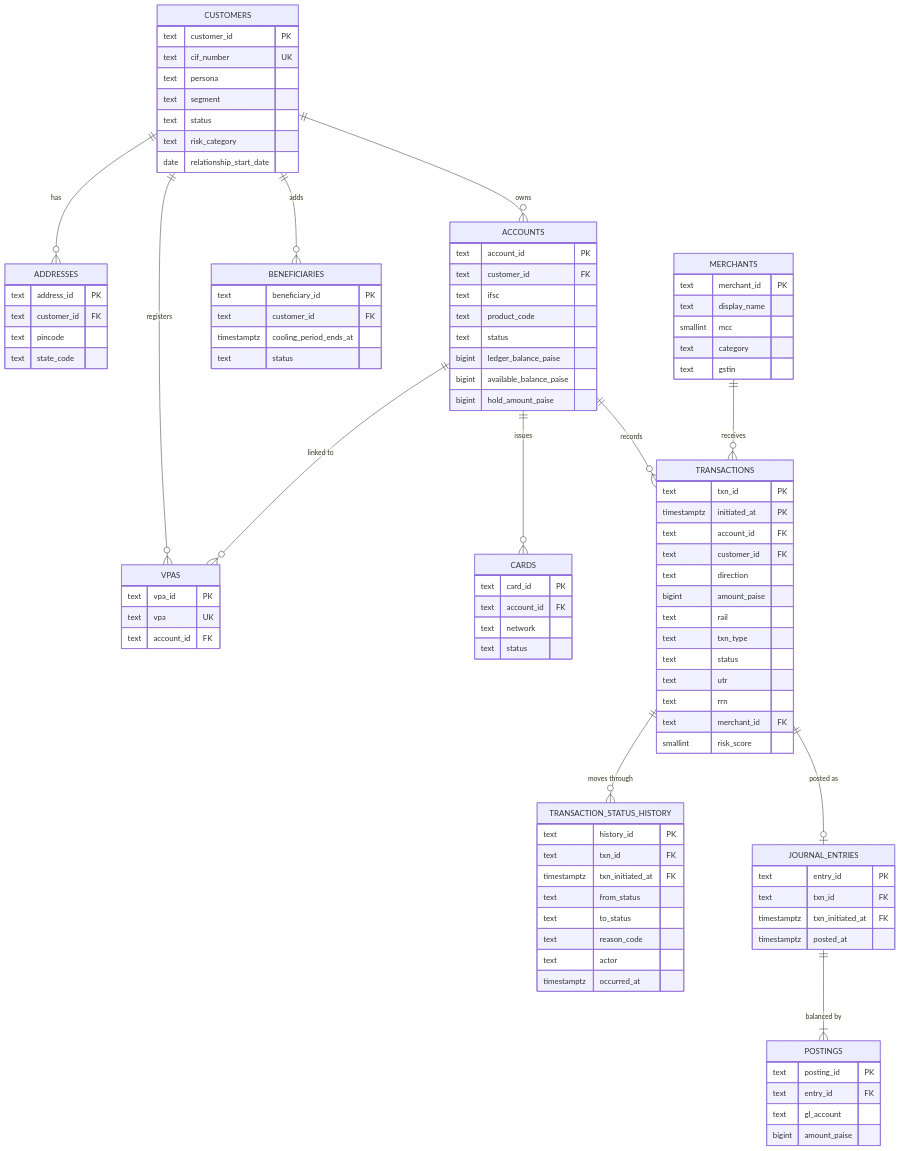
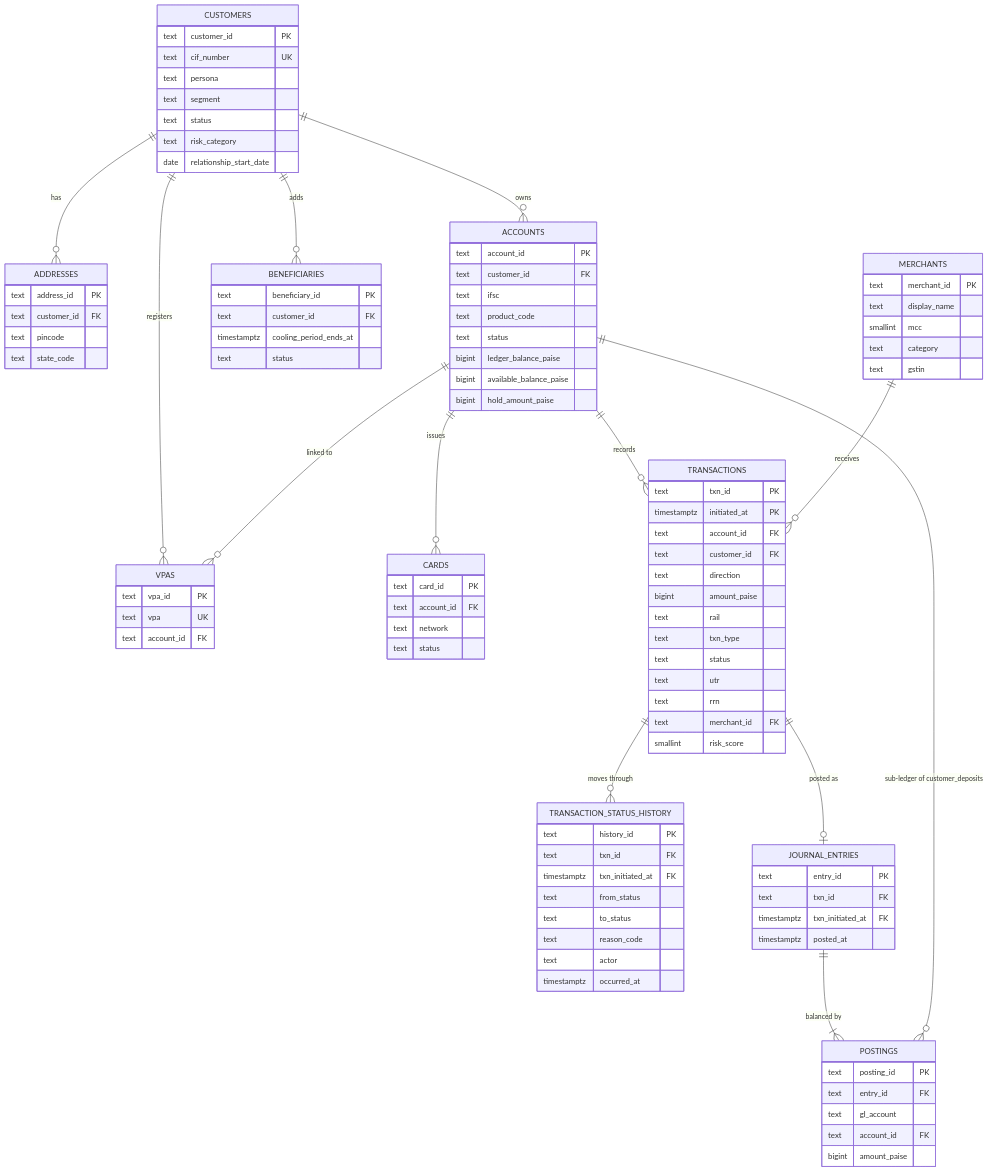
The first of 11 diagrams in docs/architecture/lld/data-model.md (sourav-dhar/ledgerlens-mcp), drawn with Mermaid before and after one commit. The commit also changed other lines of this file and 5 other files, not shown here.

```diff
--- a/docs/architecture/lld/data-model.md
+++ b/docs/architecture/lld/data-model.md
@@ -28,6 +28,7 @@
     TRANSACTIONS ||--o{ TRANSACTION_STATUS_HISTORY : "moves through"
     TRANSACTIONS ||--o| JOURNAL_ENTRIES : "posted as"
     JOURNAL_ENTRIES ||--|{ POSTINGS : "balanced by"
+    ACCOUNTS ||--o{ POSTINGS : "sub-ledger of customer_deposits"
 
     CUSTOMERS {
         text customer_id PK
@@ -83,6 +84,7 @@
         text posting_id PK
         text entry_id FK
         text gl_account
+        text account_id FK
         bigint amount_paise
     }
     MERCHANTS {
```
